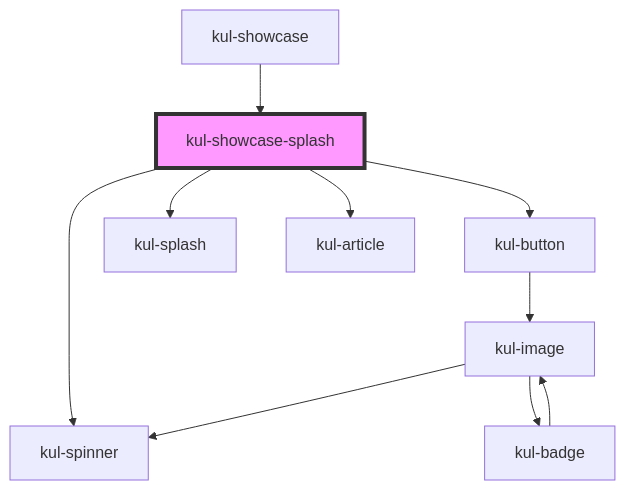
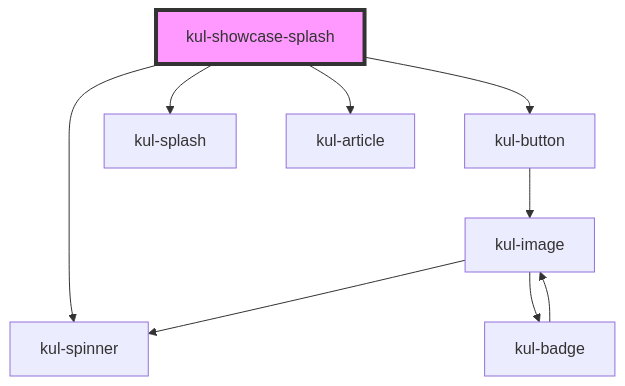
Before and after one commit to smeup/ketchup: the diagram in packages/ketchup-lite/src/components/kul-showcase/components/splash/readme.md, drawn with Mermaid. The commit also changed other lines of this file and 25 other files, not shown here.

````diff
--- a/packages/ketchup-lite/src/components/kul-showcase/components/splash/readme.md
+++ b/packages/ketchup-lite/src/components/kul-showcase/components/splash/readme.md
@@ -33,13 +29,12 @@
 ```mermaid
 graph TD;
   kul-showcase-splash --> kul-button
   kul-showcase-splash --> kul-splash
   kul-showcase-splash --> kul-spinner
   kul-showcase-splash --> kul-article
   kul-button --> kul-image
   kul-image --> kul-spinner
   kul-image --> kul-badge
   kul-badge --> kul-image
-  kul-showcase --> kul-showcase-splash
   style kul-showcase-splash fill:#f9f,stroke:#333,stroke-width:4px
 ```
````
